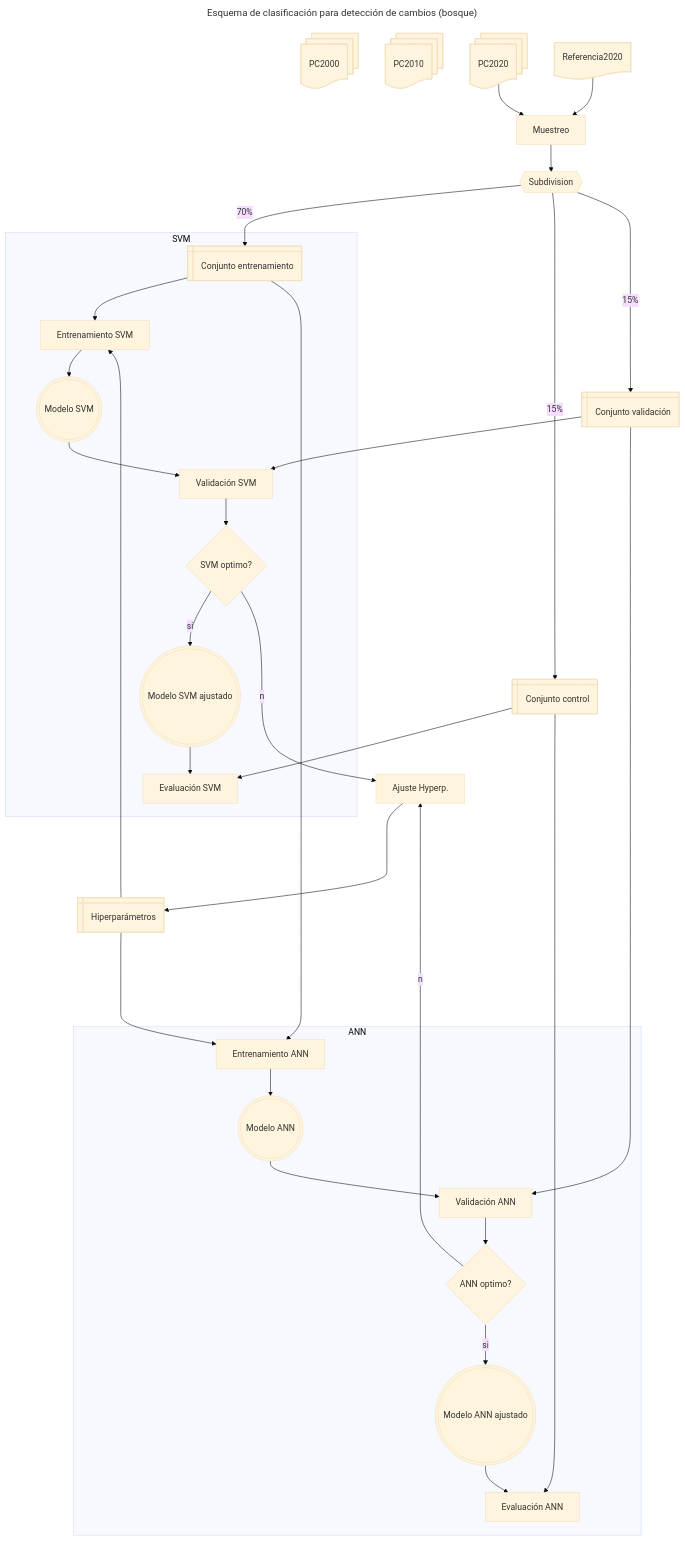
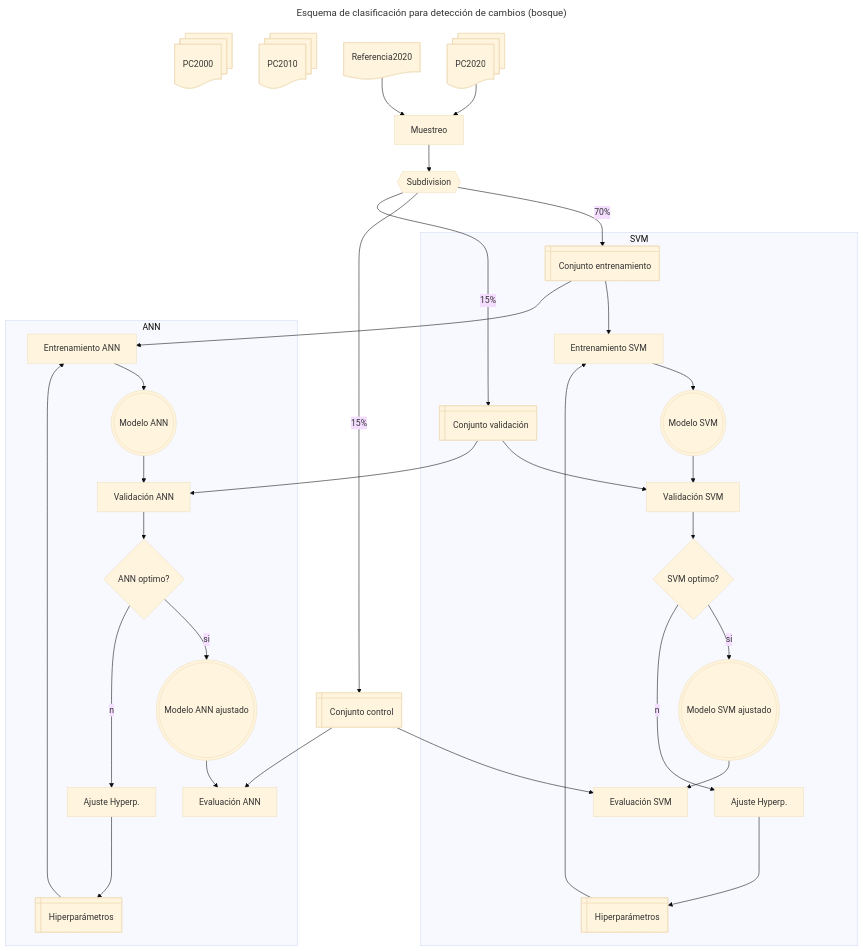
The diagram in ANPs/Esquema_clasificacion.mermaid (vshalisko/GEE), drawn with Mermaid (base theme) before and after one commit.

```diff
--- a/ANPs/Esquema_clasificacion.mermaid
+++ b/ANPs/Esquema_clasificacion.mermaid
@@ -1,75 +1,79 @@
 ---
 title: Esquema de clasificación para detección de cambios (bosque)
 ---
 flowchart TD
     PC2000@{ shape: docs, label: PC2000}
     PC2010@{ shape: docs, label: PC2010}
     PC2020@{ shape: docs, label: PC2020}
     Ref2020@{ shape: doc, label: Referencia2020}
     Muestreo@{ shape: proc, label: Muestreo}
     Subset@{ shape: hex, label: Subdivision}
     Train2020@{ shape: win-pane, label: Conjunto entrenamiento}
     Test2020@{ shape: win-pane, label: Conjunto control}
     Valid2020@{ shape: win-pane, label: Conjunto validación}
 
-    Hyperparam@{ shape: win-pane, label: Hiperparámetros}
+    HyperparamSVM@{ shape: win-pane, label: Hiperparámetros}
+    HyperparamANN@{ shape: win-pane, label: Hiperparámetros}
     TrainSVM@{ shape: proc, label: Entrenamiento SVM}
     TrainANN@{ shape: proc, label: Entrenamiento ANN}
     ModeloSVM@{ shape: double-circle, label: Modelo SVM}
     ModeloANN@{ shape: double-circle, label: Modelo ANN}
     ModeloSVMok@{ shape: double-circle, label: Modelo SVM ajustado}
     ModeloANNok@{ shape: double-circle, label: Modelo ANN ajustado}
     ValidSVM@{ shape: proc, label: Validación SVM}
     ValidANN@{ shape: proc, label: Validación ANN}
     OptimSVM@{ shape: diam, label: SVM optimo?}
     OptimANN@{ shape: diam, label: ANN optimo?}
     ControlSVM@{ shape: proc, label: Evaluación SVM}
     ControlANN@{ shape: proc, label: Evaluación ANN}
-    AjusteHyp@{ shape: proc, label: Ajuste Hyperp.}
+    AjusteHypSVM@{ shape: proc, label: Ajuste Hyperp.}
+    AjusteHypANN@{ shape: proc, label: Ajuste Hyperp.}
 
     PC2020 --> Muestreo
     Ref2020 --> Muestreo
     Muestreo --> Subset
     Subset --70%--> Train2020
     Subset --15%--> Test2020
     Subset --15%--> Valid2020
 
-    Hyperparam ----> TrainSVM
-    Hyperparam ----> TrainANN
+    
+    
 
     subgraph SVM
+        HyperparamSVM ----> TrainSVM
         Train2020 --> TrainSVM
         TrainSVM --> ModeloSVM
         ModeloSVM --> ValidSVM
+        Valid2020 --> ValidSVM
         ValidSVM --> OptimSVM
         OptimSVM --si--> ModeloSVMok
+        OptimSVM --no--> AjusteHypSVM
+        AjusteHypSVM ----> HyperparamSVM
         ModeloSVMok --> ControlSVM
     end
 
     subgraph ANN
+        HyperparamANN ----> TrainANN
         Train2020 --> TrainANN
         TrainANN --> ModeloANN
         ModeloANN --> ValidANN
+        Valid2020 --> ValidANN
         ValidANN --> OptimANN
         OptimANN --si--> ModeloANNok
+        OptimANN --no--> AjusteHypANN
+        AjusteHypANN ----> HyperparamANN
         ModeloANNok --> ControlANN
     end
 
     
     
     
     
     
-    Valid2020 --> ValidSVM
-    Valid2020 --> ValidANN
     
+
     
-    
-    
-    OptimSVM --no--> AjusteHyp
-    OptimANN --no--> AjusteHyp
-    AjusteHyp ----> Hyperparam
-    
+   
     
     Test2020 --> ControlSVM
     Test2020 --> ControlANN
```
